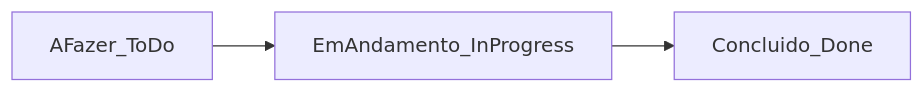
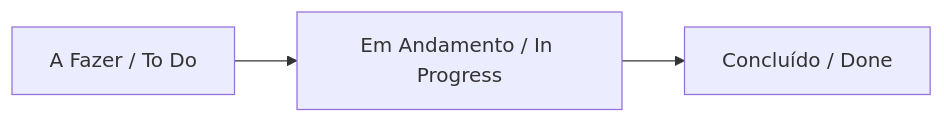
The second of 2 diagrams in docs/gestao-psm/calendario-e-progresso.md (FCTE-Qualidade-de-Software-1/2026-2_T01_BETTY_SNYDER), drawn with Mermaid before and after one commit. The commit also changed other lines of this file and 4 other files, not shown here.

Commit message:
docs(psm): alinha diagramas ao modelo da Aula 09 e rotulos com espacos

````diff
--- a/docs/gestao-psm/calendario-e-progresso.md
+++ b/docs/gestao-psm/calendario-e-progresso.md
@@ -109,7 +109,7 @@
 ```mermaid
 flowchart LR
-  todo[AFazer_ToDo]
-  wip[EmAndamento_InProgress]
-  done[Concluido_Done]
+  todo["A Fazer / To Do"]
+  wip["Em Andamento / In Progress"]
+  done["Concluído / Done"]
   todo --> wip --> done
 ```
````
